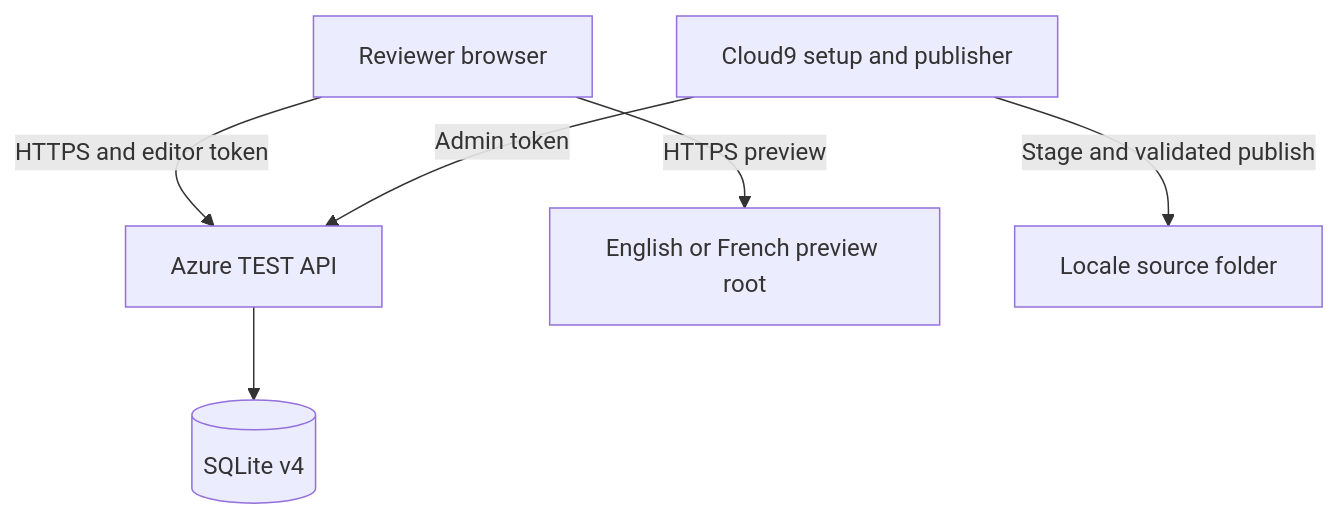
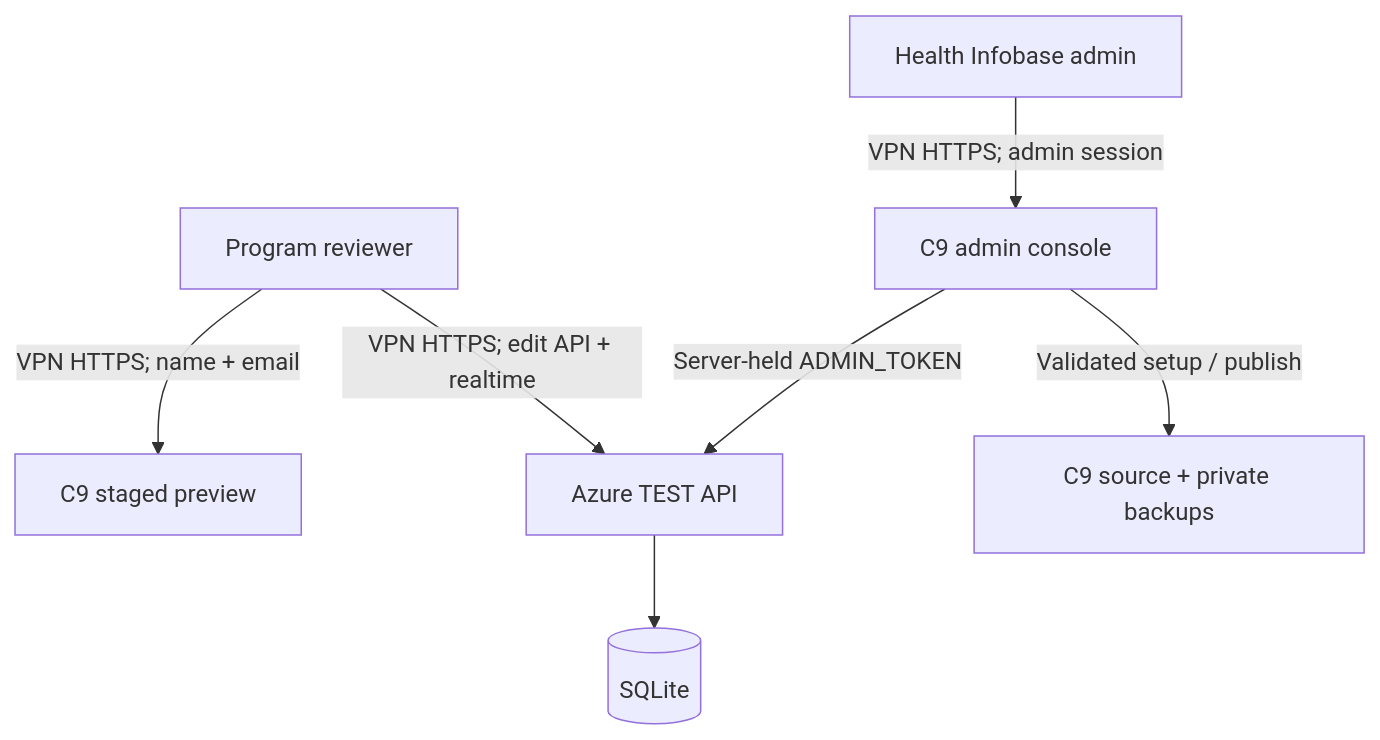
Before and after one commit to phac-aspc/live-edits: the diagram in docs/ARCHITECTURE.md, drawn with Mermaid. The commit also changed other lines of this file and 36 other files, not shown here.

Commit message:
Add Live Edits admin console and network reviewer access

````diff
--- a/docs/ARCHITECTURE.md
+++ b/docs/ARCHITECTURE.md
@@ -7,8 +7,9 @@
 ```mermaid
 flowchart TB
-  R[Reviewer browser] -->|HTTPS and editor token| A[Azure TEST API]
-  R -->|HTTPS preview| P[English or French preview root]
-  C[Cloud9 setup and publisher] -->|Admin token| A
-  C -->|Stage and validated publish| S[Locale source folder]
-  A --> D[(SQLite v4)]
+  R["Program reviewer"] -->|"VPN HTTPS; name + email"| P["C9 staged preview"]
+  R -->|"VPN HTTPS; edit API + realtime"| A["Azure TEST API"]
+  H["Health Infobase admin"] -->|"VPN HTTPS; admin session"| C["C9 admin console"]
+  C -->|"Validated setup / publish"| S["C9 source + private backups"]
+  C -->|"Server-held ADMIN_TOKEN"| A
+  A --> D[("SQLite")]
 ```
````
